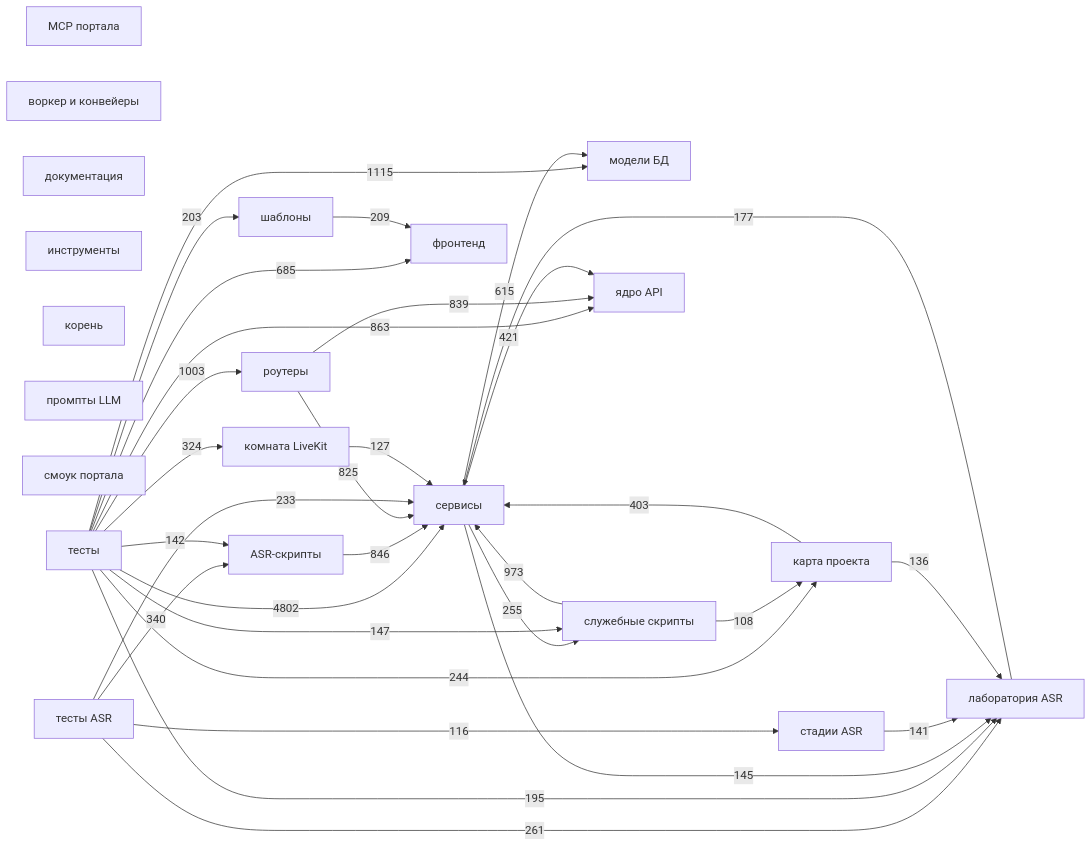
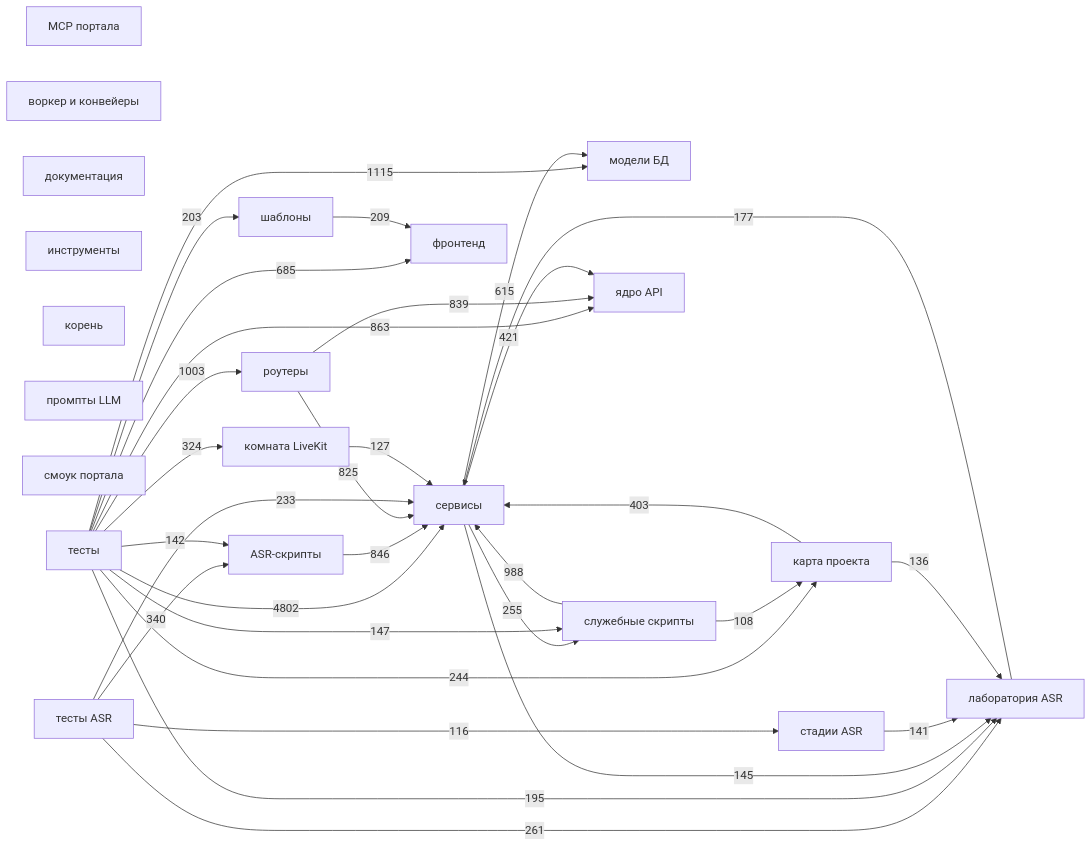
The diagram in docs/project-map/DEPENDENCIES.md (Avosya21/SKKKK), drawn with Mermaid before and after one commit. The commit also changed other lines of this file and 5 other files, not shown here.

````diff
--- a/docs/project-map/DEPENDENCIES.md
+++ b/docs/project-map/DEPENDENCIES.md
@@ -105,54 +105,54 @@
 ```mermaid
 flowchart LR
   g0["ASR-скрипты"]
   g1["MCP портала"]
   g2["воркер и конвейеры"]
   g3["документация"]
   g4["инструменты"]
   g5["карта проекта"]
   g6["комната LiveKit"]
   g7["корень"]
   g8["лаборатория ASR"]
   g9["модели БД"]
   g10["промпты LLM"]
   g11["роутеры"]
   g12["сервисы"]
   g13["служебные скрипты"]
   g14["смоук портала"]
   g15["стадии ASR"]
   g16["тесты"]
   g17["тесты ASR"]
   g18["фронтенд"]
   g19["шаблоны"]
   g20["ядро API"]
   g16 -->|4802| g12
   g16 -->|1115| g9
   g16 -->|1003| g11
-  g13 -->|973| g12
+  g13 -->|988| g12
   g16 -->|863| g20
   g0 -->|846| g12
   g11 -->|839| g20
   g11 -->|825| g12
   g16 -->|685| g18
   g12 -->|615| g9
   g12 -->|421| g20
   g5 -->|403| g12
   g17 -->|340| g0
   g16 -->|324| g6
   g17 -->|261| g8
   g12 -->|255| g13
   g16 -->|244| g5
   g17 -->|233| g12
   g19 -->|209| g18
   g16 -->|203| g19
   g16 -->|195| g8
   g8 -->|177| g12
   g16 -->|147| g13
   g12 -->|145| g8
   g16 -->|142| g0
   g15 -->|141| g8
   g5 -->|136| g8
   g6 -->|127| g12
   g17 -->|116| g15
   g13 -->|108| g5
 ```
````
